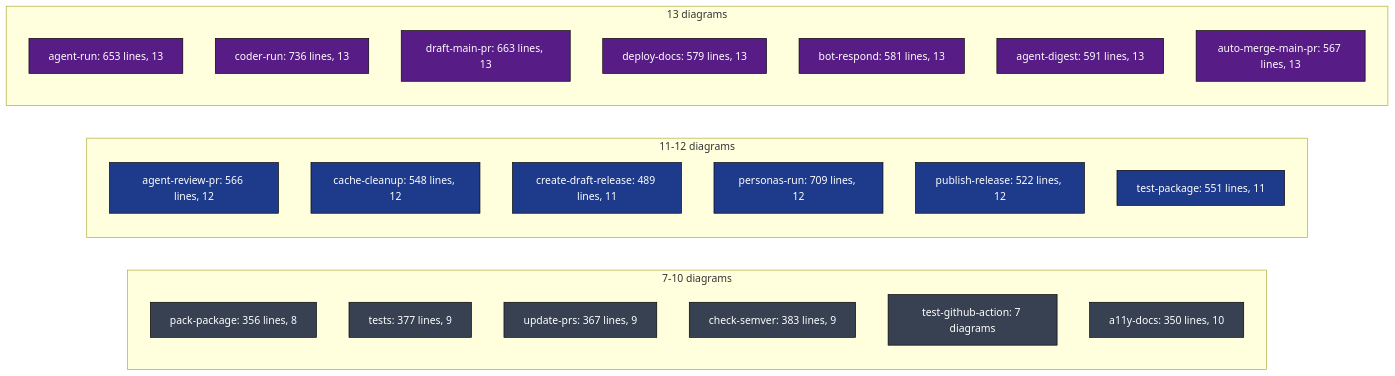
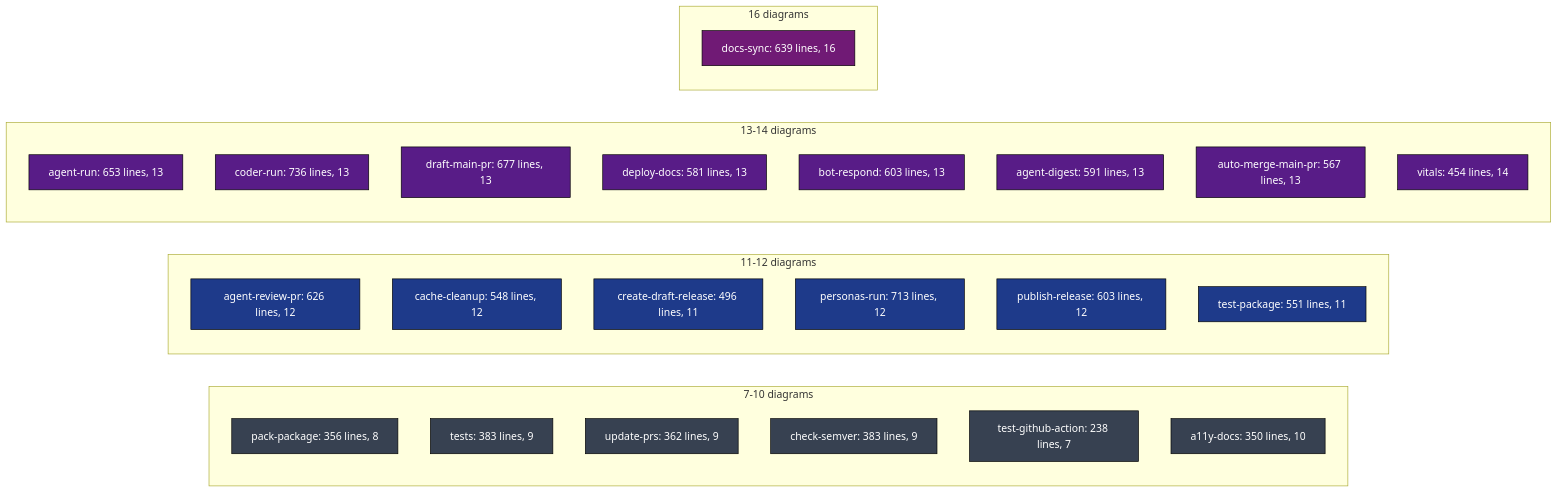
Before and after one commit to llm-exe/llm-exe: the second of 2 diagrams in .github/docs/WORKFLOWS_INDEX.md, drawn with Mermaid. The commit also changed 1 other file, not shown here.

Commit message:
docs: complete WORKFLOWS_INDEX size graph and refresh metrics
Addresses review feedback on #710.

The size graph drew 19 of the 21 deep dives its Totals line claims.
Adds vitals (L8, 454 lines, 14 diagrams) and docs-sync (X1, 639 lines,
16 diagrams) in a new XL bucket. Large relabeled 13 to 13-14 to cover
vitals. Both workflows were already in the topology graph and catalog
table, so only the size graph was stale.

Recomputes every line and diagram count against the source files. All
diagram counts were correct; nine line counts had drifted. Normalizes
the test-github-action entry, which was missing a line count.

````diff
--- a/.github/docs/WORKFLOWS_INDEX.md
+++ b/.github/docs/WORKFLOWS_INDEX.md
@@ -114,34 +114,40 @@
 ```mermaid
 flowchart LR
     classDef sm fill:#374151,color:#fff,stroke:#000
     classDef md fill:#1e3a8a,color:#fff,stroke:#000
     classDef lg fill:#581c87,color:#fff,stroke:#000
+    classDef xl fill:#701a75,color:#fff,stroke:#000
 
     subgraph Small["7-10 diagrams"]
         S1["pack-package: 356 lines, 8"]:::sm
-        S2["tests: 377 lines, 9"]:::sm
-        S3["update-prs: 367 lines, 9"]:::sm
+        S2["tests: 383 lines, 9"]:::sm
+        S3["update-prs: 362 lines, 9"]:::sm
         S4["check-semver: 383 lines, 9"]:::sm
-        S5["test-github-action: 7 diagrams"]:::sm
+        S5["test-github-action: 238 lines, 7"]:::sm
         S6["a11y-docs: 350 lines, 10"]:::sm
     end
 
     subgraph Medium["11-12 diagrams"]
-        M1["agent-review-pr: 566 lines, 12"]:::md
+        M1["agent-review-pr: 626 lines, 12"]:::md
         M2["cache-cleanup: 548 lines, 12"]:::md
-        M3["create-draft-release: 489 lines, 11"]:::md
-        M4["personas-run: 709 lines, 12"]:::md
-        M5["publish-release: 522 lines, 12"]:::md
+        M3["create-draft-release: 496 lines, 11"]:::md
+        M4["personas-run: 713 lines, 12"]:::md
+        M5["publish-release: 603 lines, 12"]:::md
         M6["test-package: 551 lines, 11"]:::md
     end
 
-    subgraph Large["13 diagrams"]
+    subgraph Large["13-14 diagrams"]
         L1["agent-run: 653 lines, 13"]:::lg
         L2["coder-run: 736 lines, 13"]:::lg
-        L3["draft-main-pr: 663 lines, 13"]:::lg
-        L4["deploy-docs: 579 lines, 13"]:::lg
-        L5["bot-respond: 581 lines, 13"]:::lg
+        L3["draft-main-pr: 677 lines, 13"]:::lg
+        L4["deploy-docs: 581 lines, 13"]:::lg
+        L5["bot-respond: 603 lines, 13"]:::lg
         L6["agent-digest: 591 lines, 13"]:::lg
         L7["auto-merge-main-pr: 567 lines, 13"]:::lg
+        L8["vitals: 454 lines, 14"]:::lg
+    end
+
+    subgraph XL["16 diagrams"]
+        X1["docs-sync: 639 lines, 16"]:::xl
     end
 ```
````
